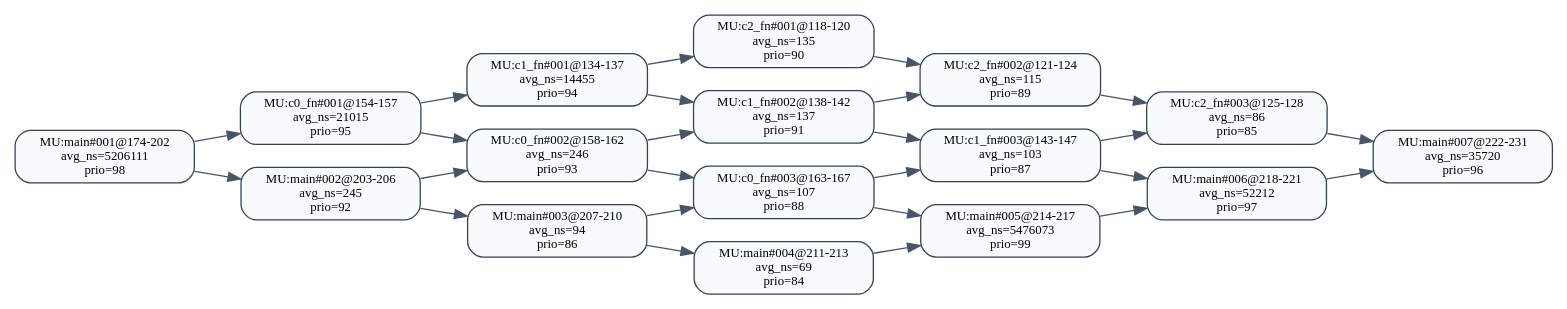
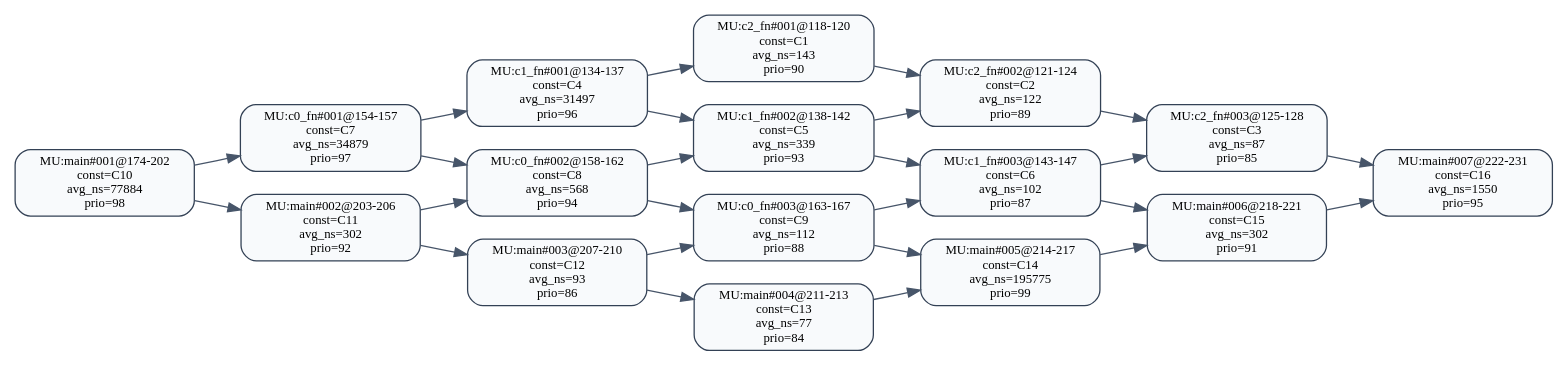
One commit to RTS-SYSU/DAG-Gen changed the diagram in 中间结果/zhang1/pipeline/validation/level2/effective_line_merge/wcet_first/dag_seg_annotated.dot. Above: the diagram before and after it, drawn with Graphviz. The commit also changed 11697 other files, not shown here.

```diff
--- a/中间结果/zhang1/pipeline/validation/level2/effective_line_merge/wcet_first/dag_seg_annotated.dot
+++ b/中间结果/zhang1/pipeline/validation/level2/effective_line_merge/wcet_first/dag_seg_annotated.dot
@@ -1,45 +1,45 @@
 digraph dag_seg_annotated {
   rankdir=LR;
   node [shape=box, style="rounded,filled", fillcolor="#F8FAFC", color="#334155", fontsize=10];
   edge [color="#475569"];
-  "MU:c0_fn#001@154-157" [label="MU:c0_fn#001@154-157\navg_ns=21015\nprio=95"];
-  "MU:c0_fn#002@158-162" [label="MU:c0_fn#002@158-162\navg_ns=246\nprio=93"];
-  "MU:c0_fn#003@163-167" [label="MU:c0_fn#003@163-167\navg_ns=107\nprio=88"];
-  "MU:c1_fn#001@134-137" [label="MU:c1_fn#001@134-137\navg_ns=14455\nprio=94"];
-  "MU:c1_fn#002@138-142" [label="MU:c1_fn#002@138-142\navg_ns=137\nprio=91"];
-  "MU:c1_fn#003@143-147" [label="MU:c1_fn#003@143-147\navg_ns=103\nprio=87"];
-  "MU:c2_fn#001@118-120" [label="MU:c2_fn#001@118-120\navg_ns=135\nprio=90"];
-  "MU:c2_fn#002@121-124" [label="MU:c2_fn#002@121-124\navg_ns=115\nprio=89"];
-  "MU:c2_fn#003@125-128" [label="MU:c2_fn#003@125-128\navg_ns=86\nprio=85"];
-  "MU:main#001@174-202" [label="MU:main#001@174-202\navg_ns=5206111\nprio=98"];
-  "MU:main#002@203-206" [label="MU:main#002@203-206\navg_ns=245\nprio=92"];
-  "MU:main#003@207-210" [label="MU:main#003@207-210\navg_ns=94\nprio=86"];
-  "MU:main#004@211-213" [label="MU:main#004@211-213\navg_ns=69\nprio=84"];
-  "MU:main#005@214-217" [label="MU:main#005@214-217\navg_ns=5476073\nprio=99"];
-  "MU:main#006@218-221" [label="MU:main#006@218-221\navg_ns=52212\nprio=97"];
-  "MU:main#007@222-231" [label="MU:main#007@222-231\navg_ns=35720\nprio=96"];
+  "MU:c0_fn#001@154-157" [label="MU:c0_fn#001@154-157\nconst=C7\navg_ns=34879\nprio=97"];
+  "MU:c0_fn#002@158-162" [label="MU:c0_fn#002@158-162\nconst=C8\navg_ns=568\nprio=94"];
+  "MU:c0_fn#003@163-167" [label="MU:c0_fn#003@163-167\nconst=C9\navg_ns=112\nprio=88"];
+  "MU:c1_fn#001@134-137" [label="MU:c1_fn#001@134-137\nconst=C4\navg_ns=31497\nprio=96"];
+  "MU:c1_fn#002@138-142" [label="MU:c1_fn#002@138-142\nconst=C5\navg_ns=339\nprio=93"];
+  "MU:c1_fn#003@143-147" [label="MU:c1_fn#003@143-147\nconst=C6\navg_ns=102\nprio=87"];
+  "MU:c2_fn#001@118-120" [label="MU:c2_fn#001@118-120\nconst=C1\navg_ns=143\nprio=90"];
+  "MU:c2_fn#002@121-124" [label="MU:c2_fn#002@121-124\nconst=C2\navg_ns=122\nprio=89"];
+  "MU:c2_fn#003@125-128" [label="MU:c2_fn#003@125-128\nconst=C3\navg_ns=87\nprio=85"];
+  "MU:main#001@174-202" [label="MU:main#001@174-202\nconst=C10\navg_ns=77884\nprio=98"];
+  "MU:main#002@203-206" [label="MU:main#002@203-206\nconst=C11\navg_ns=302\nprio=92"];
+  "MU:main#003@207-210" [label="MU:main#003@207-210\nconst=C12\navg_ns=93\nprio=86"];
+  "MU:main#004@211-213" [label="MU:main#004@211-213\nconst=C13\navg_ns=77\nprio=84"];
+  "MU:main#005@214-217" [label="MU:main#005@214-217\nconst=C14\navg_ns=195775\nprio=99"];
+  "MU:main#006@218-221" [label="MU:main#006@218-221\nconst=C15\navg_ns=302\nprio=91"];
+  "MU:main#007@222-231" [label="MU:main#007@222-231\nconst=C16\navg_ns=1550\nprio=95"];
   "MU:c2_fn#001@118-120" -> "MU:c2_fn#002@121-124";
   "MU:c2_fn#002@121-124" -> "MU:c2_fn#003@125-128";
   "MU:c1_fn#001@134-137" -> "MU:c1_fn#002@138-142";
   "MU:c1_fn#002@138-142" -> "MU:c1_fn#003@143-147";
   "MU:c0_fn#001@154-157" -> "MU:c0_fn#002@158-162";
   "MU:c0_fn#002@158-162" -> "MU:c0_fn#003@163-167";
   "MU:main#001@174-202" -> "MU:main#002@203-206";
   "MU:main#002@203-206" -> "MU:main#003@207-210";
   "MU:main#003@207-210" -> "MU:main#004@211-213";
   "MU:main#004@211-213" -> "MU:main#005@214-217";
   "MU:main#005@214-217" -> "MU:main#006@218-221";
   "MU:main#006@218-221" -> "MU:main#007@222-231";
   "MU:c0_fn#001@154-157" -> "MU:c1_fn#001@134-137";
   "MU:c1_fn#001@134-137" -> "MU:c2_fn#001@118-120";
   "MU:main#001@174-202" -> "MU:c0_fn#001@154-157";
   "MU:c0_fn#003@163-167" -> "MU:main#005@214-217";
   "MU:c1_fn#003@143-147" -> "MU:main#006@218-221";
   "MU:c2_fn#003@125-128" -> "MU:main#007@222-231";
   "MU:c1_fn#002@138-142" -> "MU:c2_fn#002@121-124";
   "MU:c1_fn#003@143-147" -> "MU:c2_fn#003@125-128";
   "MU:c0_fn#002@158-162" -> "MU:c1_fn#002@138-142";
   "MU:c0_fn#003@163-167" -> "MU:c1_fn#003@143-147";
   "MU:main#002@203-206" -> "MU:c0_fn#002@158-162";
   "MU:main#003@207-210" -> "MU:c0_fn#003@163-167";
 }
```
